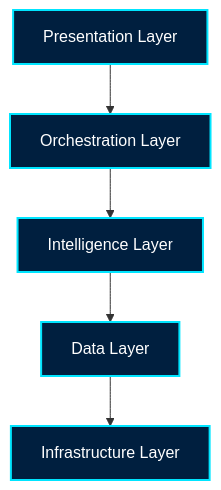
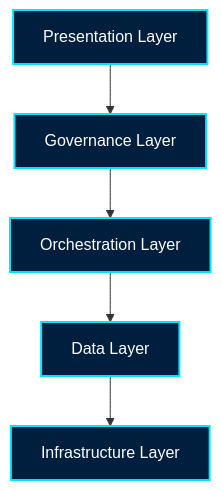
One commit to omninstack/omninstack.github.io changed the diagram in README.md. Above: the diagram before and after it, drawn with Mermaid. The commit also changed other lines of this file, not shown here.

````diff
--- a/README.md
+++ b/README.md
@@ -22,13 +32,13 @@
 ```mermaid
 graph TD
-    A[Presentation Layer] --> B[Orchestration Layer]
-    B --> C[Intelligence Layer]
+    A[Presentation Layer] --> B[Governance Layer]
+    B --> C[Orchestration Layer]
     C --> D[Data Layer]
     D --> E[Infrastructure Layer]
 
     style A fill:#001F3F,stroke:#00E5FF,stroke-width:2px,color:#fff
     style B fill:#001F3F,stroke:#00E5FF,stroke-width:2px,color:#fff
     style C fill:#001F3F,stroke:#00E5FF,stroke-width:2px,color:#fff
     style D fill:#001F3F,stroke:#00E5FF,stroke-width:2px,color:#fff
     style E fill:#001F3F,stroke:#00E5FF,stroke-width:2px,color:#fff
 ```
````
